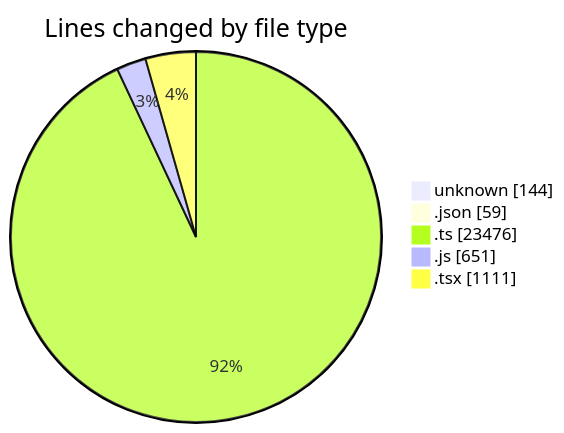
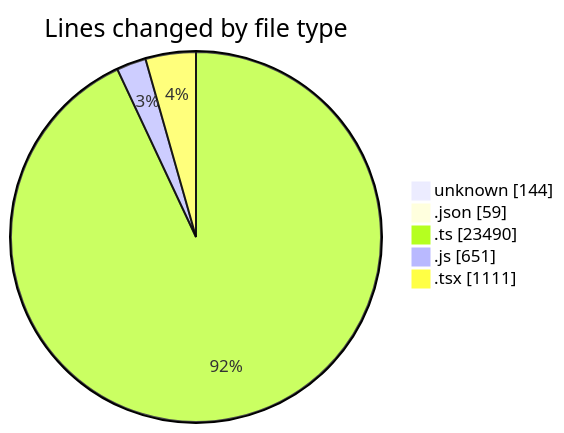
Before and after one commit to momahboobian/code-tracking: the first of 2 diagrams in 2025-11-13/cda/README.md, drawn with Mermaid. The commit also changed other lines of this file and 1 other file, not shown here.

````diff
--- a/2025-11-13/cda/README.md
+++ b/2025-11-13/cda/README.md
@@ -31,9 +31,9 @@
 ```mermaid
 pie showData
 title Lines changed by file type
 "unknown" : 144
 ".json" : 59
-".ts" : 23476
+".ts" : 23490
 ".js" : 651
 ".tsx" : 1111
 ```
````
